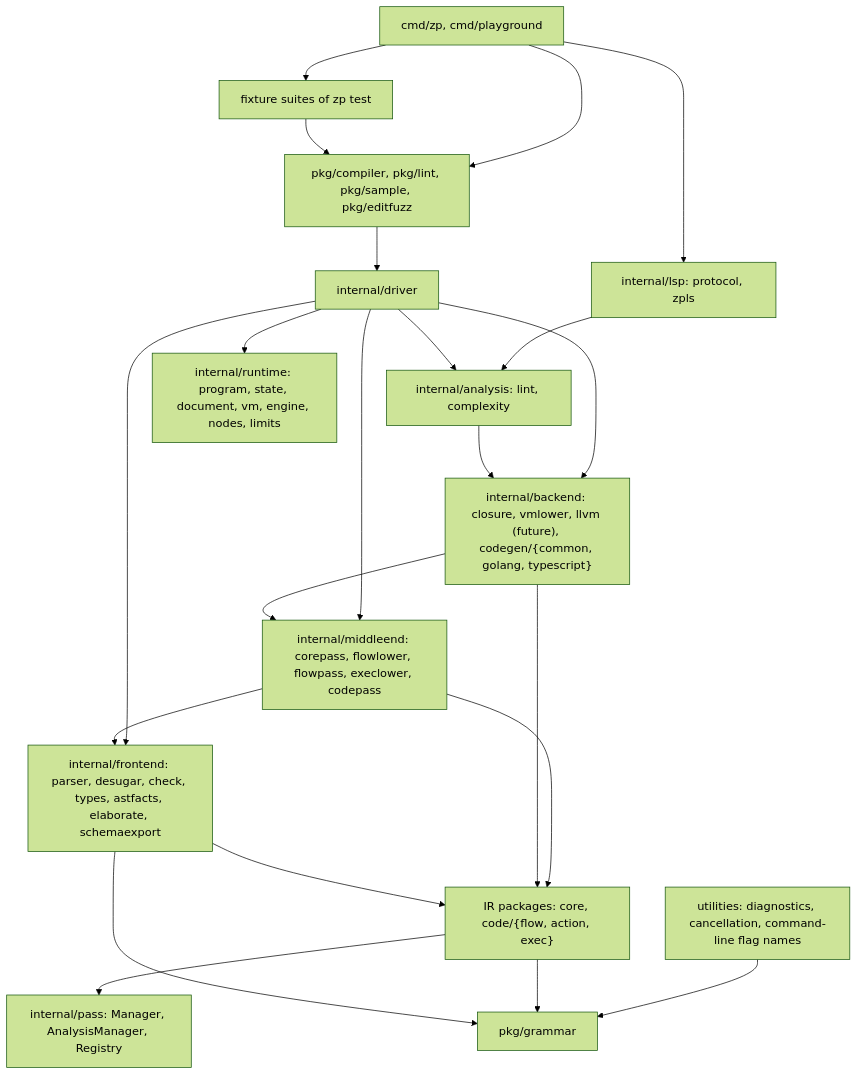
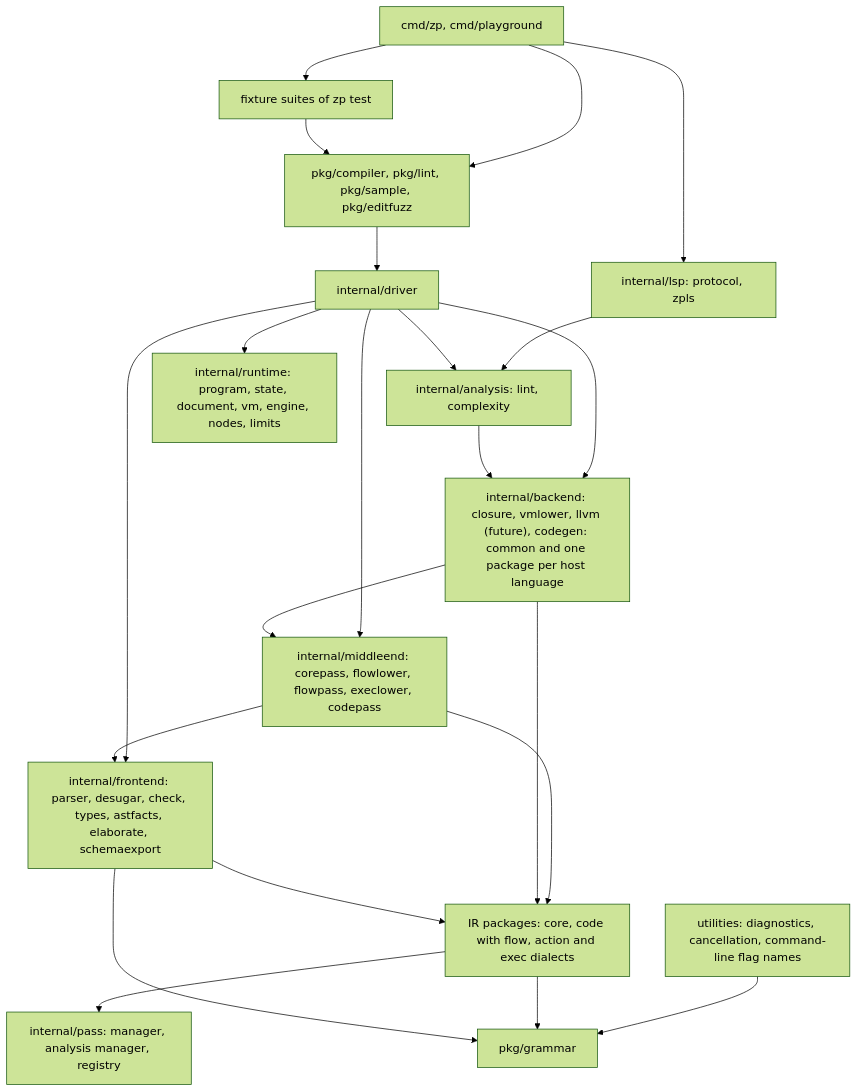
One commit to syntaxir/syntaxir changed the diagram in docs/design/records/072-release-package-layout.md. Above: the diagram before and after it, drawn with Mermaid (forest theme). The commit also changed other lines of this file and 10 other files, not shown here.

````diff
--- a/docs/design/records/072-release-package-layout.md
+++ b/docs/design/records/072-release-package-layout.md
@@ -146,22 +141,22 @@
 ```mermaid
 flowchart TD
   cmd["cmd/zp, cmd/playground"] --> pub["pkg/compiler, pkg/lint, pkg/sample, pkg/editfuzz"]
   pub --> driver["internal/driver"]
   cmd --> fixture["fixture suites of zp test"] --> pub
-  driver --> backend["internal/backend: closure, vmlower, llvm (future), codegen/{common, golang, typescript}"]
+  driver --> backend["internal/backend: closure, vmlower, llvm (future), codegen: common and one package per host language"]
   driver --> middle["internal/middleend: corepass, flowlower, flowpass, execlower, codepass"]
   driver --> front["internal/frontend: parser, desugar, check, types, astfacts, elaborate, schemaexport"]
-  middle --> ir["IR packages: core, code/{flow, action, exec}"]
+  middle --> ir["IR packages: core, code with flow, action and exec dialects"]
   backend --> ir
   front --> ir
-  ir --> pass["internal/pass: Manager, AnalysisManager, Registry"]
+  ir --> pass["internal/pass: manager, analysis manager, registry"]
   util["utilities: diagnostics, cancellation, command-line flag names"] --> gram["pkg/grammar"]
   ir --> gram
   cmd --> lsp["internal/lsp: protocol, zpls"] --> analysis["internal/analysis: lint, complexity"]
   driver --> analysis
   analysis --> backend
   backend --> middle
   middle --> front
   front --> gram
   driver --> rt["internal/runtime: program, state, document, vm, engine, nodes, limits"]
 ```
````
